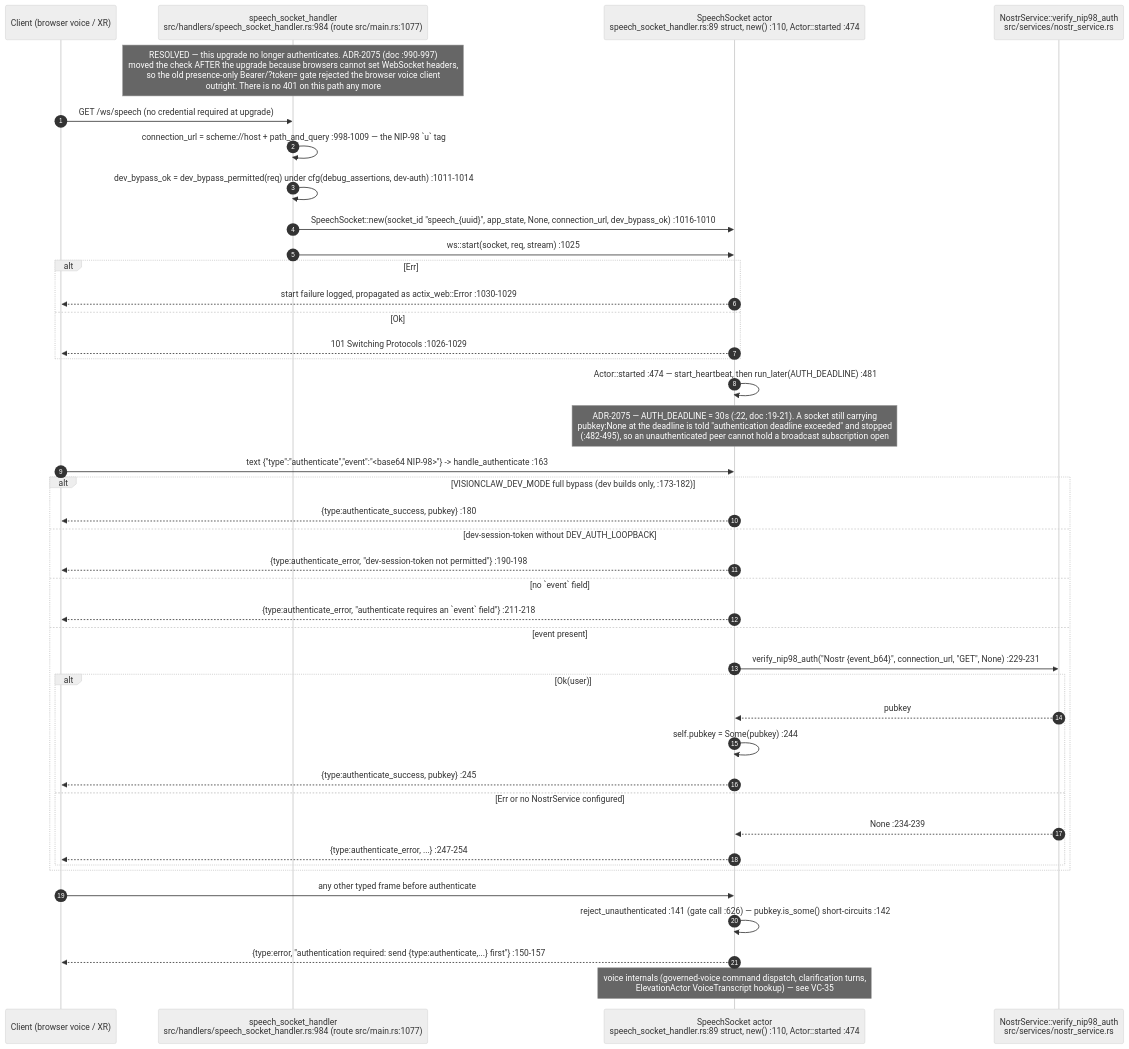
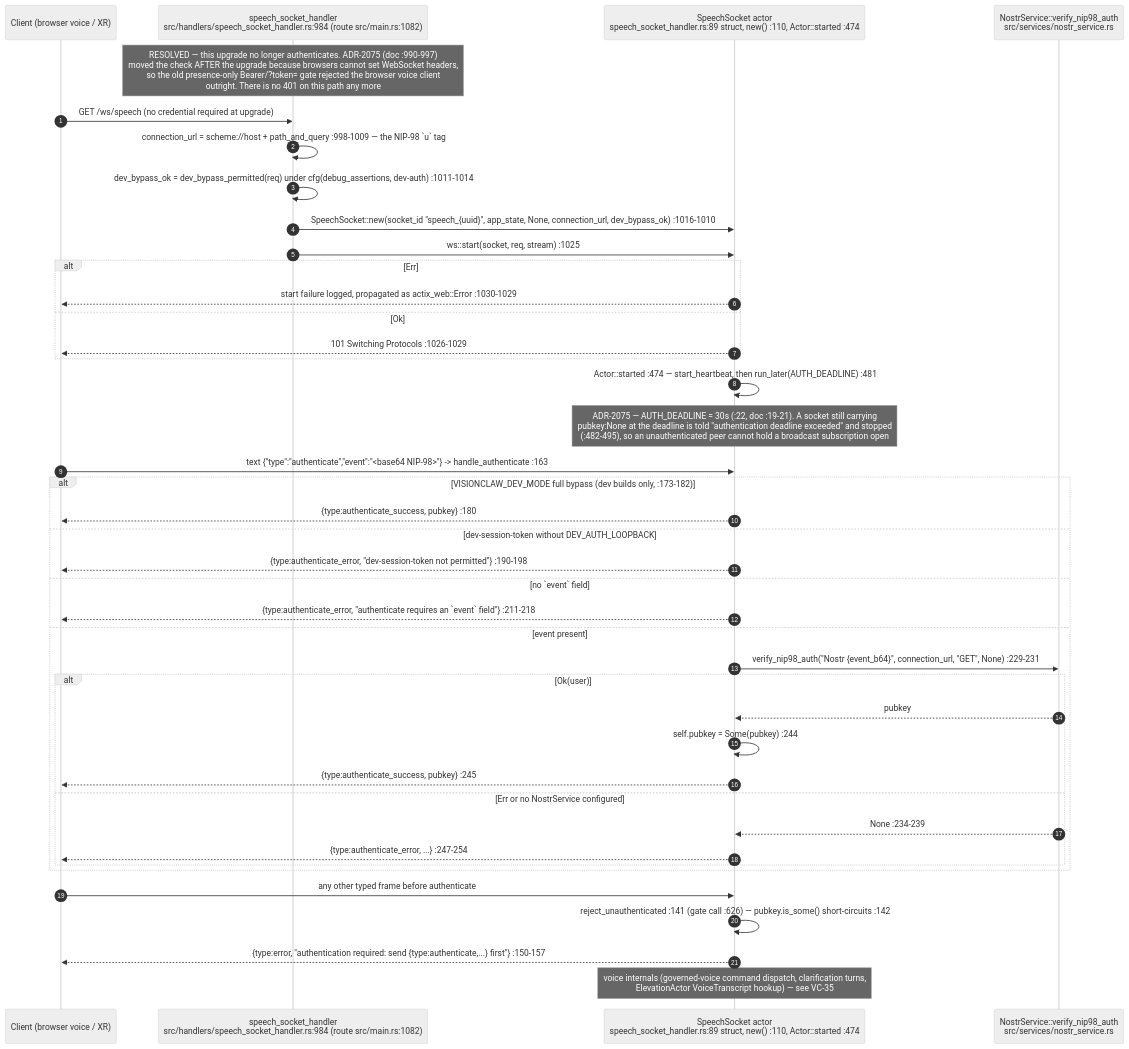
Diagram 13 of 15 in docs/diagrams/visionclaw/05-handlers-governance-and-identity.md (DreamLab-AI/VisionFlow), drawn with Mermaid (neutral theme) before and after one commit. The commit also changed other lines of this file and 136 other files, not shown here.

First line of the commit message:
docs(diagrams): refresh the whole corpus to code HEAD and prune low-value diagrams

````diff
--- a/docs/diagrams/visionclaw/05-handlers-governance-and-identity.md
+++ b/docs/diagrams/visionclaw/05-handlers-governance-and-identity.md
@@ -801,44 +684,44 @@
 ```mermaid
 sequenceDiagram
     autonumber
     participant C as Client (browser voice / XR)
-    participant H as speech_socket_handler<br/>src/handlers/speech_socket_handler.rs:984 (route src/main.rs:1077)
+    participant H as speech_socket_handler<br/>src/handlers/speech_socket_handler.rs:984 (route src/main.rs:1082)
     participant SS as SpeechSocket actor<br/>speech_socket_handler.rs:89 struct, new() :110, Actor::started :474
     participant NS as NostrService::verify_nip98_auth<br/>src/services/nostr_service.rs
 
     Note over H: RESOLVED — this upgrade no longer authenticates. ADR-2075 (doc :990-997)<br/>moved the check AFTER the upgrade because browsers cannot set WebSocket headers,<br/>so the old presence-only Bearer/?token= gate rejected the browser voice client<br/>outright. There is no 401 on this path any more
     C->>H: GET /ws/speech (no credential required at upgrade)
     H->>H: connection_url = scheme://host + path_and_query :998-1009 — the NIP-98 `u` tag
     H->>H: dev_bypass_ok = dev_bypass_permitted(req) under cfg(debug_assertions, dev-auth) :1011-1014
     H->>SS: SpeechSocket::new(socket_id "speech_{uuid}", app_state, None, connection_url, dev_bypass_ok) :1016-1010
     H->>SS: ws::start(socket, req, stream) :1025
     alt Err
         SS-->>C: start failure logged, propagated as actix_web::Error :1030-1029
     else Ok
         SS-->>C: 101 Switching Protocols :1026-1029
     end
     SS->>SS: Actor::started :474 — start_heartbeat, then run_later(AUTH_DEADLINE) :481
     Note over SS: ADR-2075 — AUTH_DEADLINE = 30s (:22, doc :19-21). A socket still carrying<br/>pubkey:None at the deadline is told "authentication deadline exceeded" and stopped<br/>(:482-495), so an unauthenticated peer cannot hold a broadcast subscription open
     C->>SS: text {"type":"authenticate","event":"<base64 NIP-98>"} -> handle_authenticate :163
     alt VISIONCLAW_DEV_MODE full bypass (dev builds only, :173-182)
         SS-->>C: {type:authenticate_success, pubkey} :180
     else dev-session-token without DEV_AUTH_LOOPBACK
         SS-->>C: {type:authenticate_error, "dev-session-token not permitted"} :190-198
     else no `event` field
         SS-->>C: {type:authenticate_error, "authenticate requires an `event` field"} :211-218
     else event present
         SS->>NS: verify_nip98_auth("Nostr {event_b64}", connection_url, "GET", None) :229-231
         alt Ok(user)
             NS-->>SS: pubkey
             SS->>SS: self.pubkey = Some(pubkey) :244
             SS-->>C: {type:authenticate_success, pubkey} :245
         else Err or no NostrService configured
             NS-->>SS: None :234-239
             SS-->>C: {type:authenticate_error, ...} :247-254
         end
     end
     C->>SS: any other typed frame before authenticate
     SS->>SS: reject_unauthenticated :141 (gate call :626) — pubkey.is_some() short-circuits :142
     SS-->>C: {type:error, "authentication required: send {type:authenticate,...} first"} :150-157
     Note over SS: voice internals (governed-voice command dispatch, clarification turns,<br/>ElevationActor VoiceTranscript hookup) — see VC-35
 ```
````
